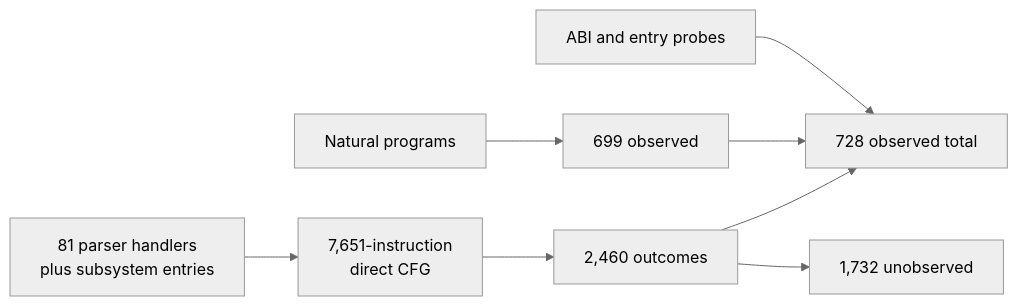
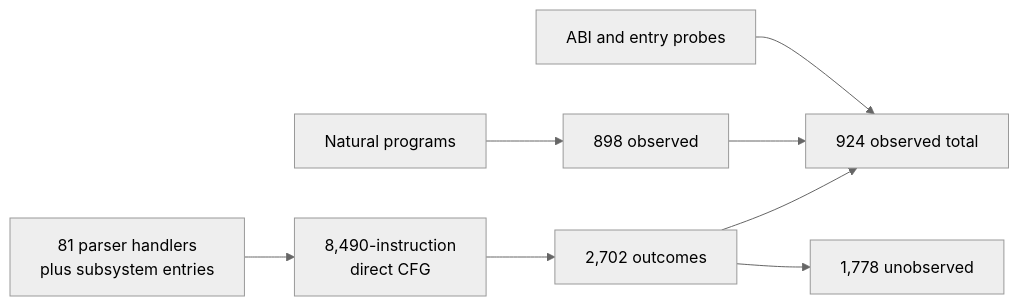
One commit to siraben/ti84p-re changed the second of 2 diagrams in docs/sub-tibasic-tracing.md. Above: the diagram before and after it, drawn with Mermaid (neutral theme). The commit also changed other lines of this file and 1 other file, not shown here.

````diff
--- a/docs/sub-tibasic-tracing.md
+++ b/docs/sub-tibasic-tracing.md
@@ -95,10 +95,10 @@
 ```mermaid
 flowchart LR
-    T["81 parser handlers<br/>plus subsystem entries"] --> G["7,651-instruction<br/>direct CFG"]
-    G --> B["2,460 outcomes"]
-    N["Natural programs"] --> O["699 observed"]
-    P["ABI and entry probes"] --> A["728 observed total"]
+    T["81 parser handlers<br/>plus subsystem entries"] --> G["8,490-instruction<br/>direct CFG"]
+    G --> B["2,702 outcomes"]
+    N["Natural programs"] --> O["898 observed"]
+    P["ABI and entry probes"] --> A["924 observed total"]
     O --> A
     B --> A
-    B --> U["1,732 unobserved"]
+    B --> U["1,778 unobserved"]
 ```
````
